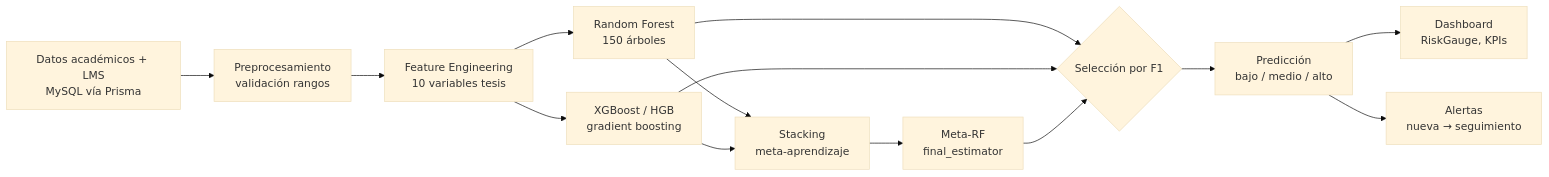
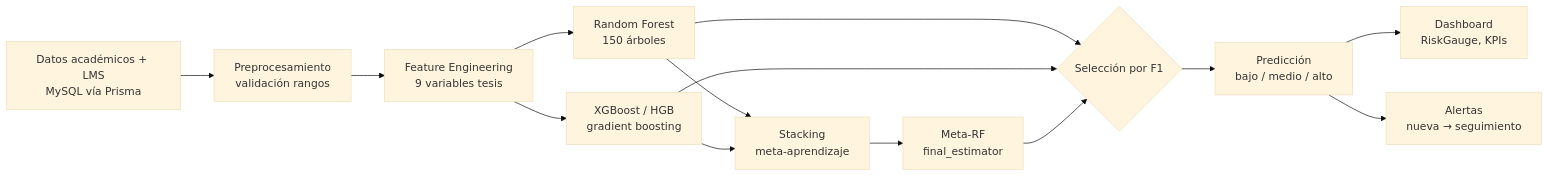
The diagram in docs/python-ia/modelo-predictivo.md (4dr1-2529/taller1), drawn with Mermaid (base theme) before and after one commit. The commit also changed other lines of this file and 9 other files, not shown here.

````diff
--- a/docs/python-ia/modelo-predictivo.md
+++ b/docs/python-ia/modelo-predictivo.md
@@ -48,16 +48,16 @@
 ```mermaid
 flowchart LR
   D[Datos académicos + LMS<br/>MySQL vía Prisma] --> PP[Preprocesamiento<br/>validación rangos]
-  PP --> FE[Feature Engineering<br/>10 variables tesis]
+  PP --> FE[Feature Engineering<br/>9 variables tesis]
   FE --> RF[Random Forest<br/>150 árboles]
   FE --> XG[XGBoost / HGB<br/>gradient boosting]
   RF --> ST[Stacking<br/>meta-aprendizaje]
   XG --> ST
   ST --> META[Meta-RF<br/>final_estimator]
   RF --> SEL{Selección por F1}
   XG --> SEL
   META --> SEL
   SEL --> PRED[Predicción<br/>bajo / medio / alto]
   PRED --> DASH[Dashboard<br/>RiskGauge, KPIs]
   PRED --> ALT[Alertas<br/>nueva → seguimiento]
 ```
````
